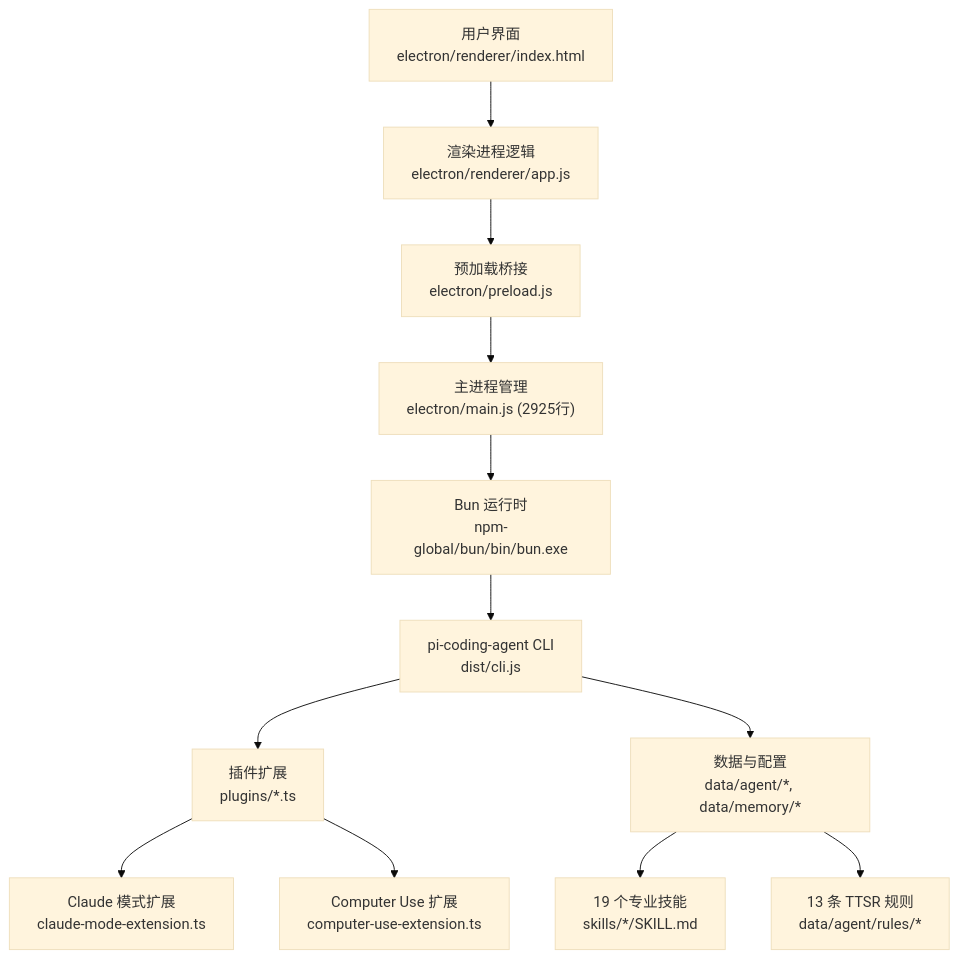
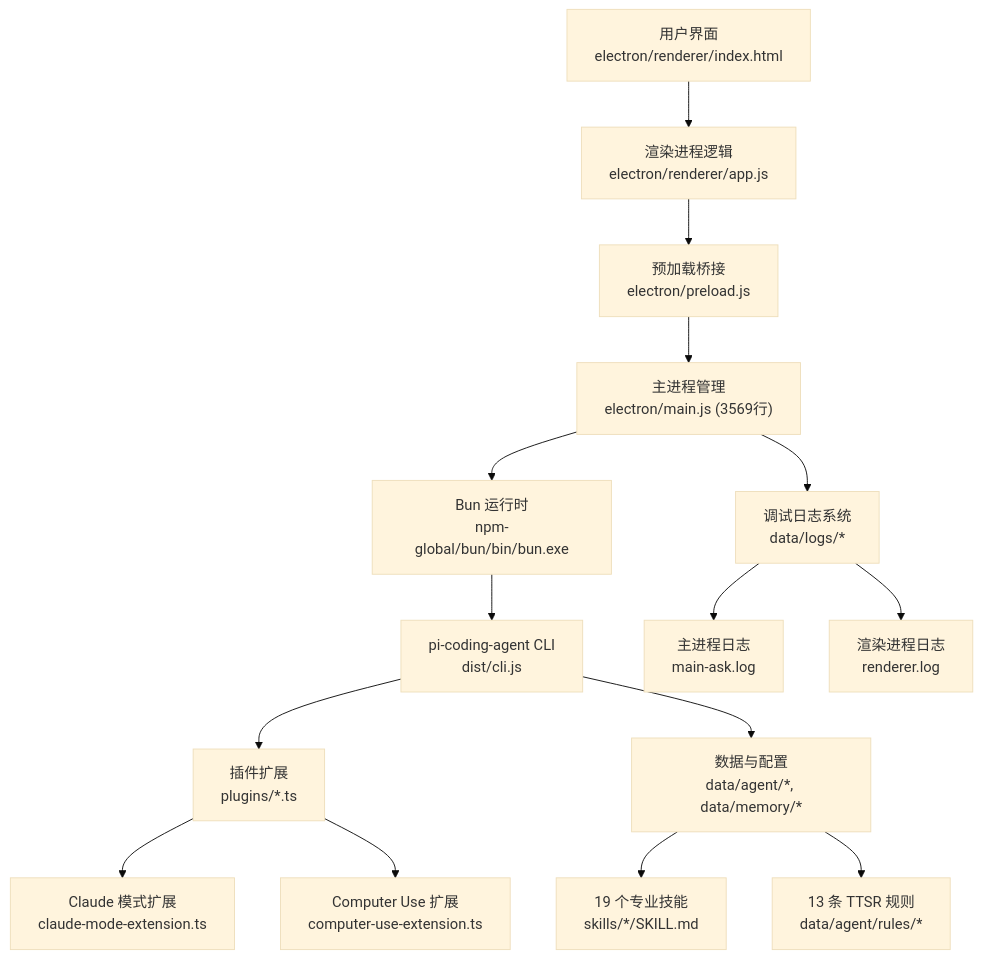
One commit to swond-Mao/Tiffa changed the first of 5 diagrams in .qoder/repowiki/zh/content/贡献指南/开发文档.md. Above: the diagram before and after it, drawn with Mermaid (base theme). The commit also changed other lines of this file and 25 other files, not shown here.

````diff
--- a/.qoder/repowiki/zh/content/贡献指南/开发文档.md
+++ b/.qoder/repowiki/zh/content/贡献指南/开发文档.md
@@ -50,14 +52,17 @@
 ```mermaid
 graph TB
 A["用户界面<br/>electron/renderer/index.html"] --> B["渲染进程逻辑<br/>electron/renderer/app.js"]
 B --> C["预加载桥接<br/>electron/preload.js"]
-C --> D["主进程管理<br/>electron/main.js (2925行)"]
+C --> D["主进程管理<br/>electron/main.js (3569行)"]
 D --> E["Bun 运行时<br/>npm-global/bun/bin/bun.exe"]
 E --> F["pi-coding-agent CLI<br/>dist/cli.js"]
 F --> G["插件扩展<br/>plugins/*.ts"]
 F --> H["数据与配置<br/>data/agent/*, data/memory/*"]
 G --> I["Claude 模式扩展<br/>claude-mode-extension.ts"]
 G --> J["Computer Use 扩展<br/>computer-use-extension.ts"]
 H --> K["19 个专业技能<br/>skills/*/SKILL.md"]
 H --> L["13 条 TTSR 规则<br/>data/agent/rules/*"]
+D --> M["调试日志系统<br/>data/logs/*"]
+M --> N["主进程日志<br/>main-ask.log"]
+M --> O["渲染进程日志<br/>renderer.log"]
 ```
````
